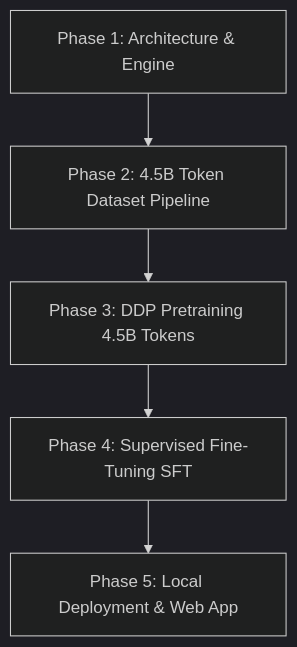
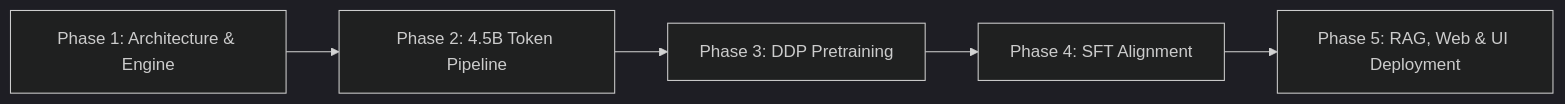
One commit to Harshkumar2306/Axiom-V2 changed the diagram in Axiom Model/README.md. Above: the diagram before and after it, drawn with Mermaid (dark theme). The commit also changed other lines of this file and 1 other file, not shown here.

Commit message:
Revamp master documentation: comprehensive 5-phase guide, vector RAG & web search architecture, React UI manual, and API specs

````diff
--- a/Axiom Model/README.md
+++ b/Axiom Model/README.md
@@ -97,7 +104,7 @@
 ```mermaid
-graph TD
-    A[Phase 1: Architecture & Engine] --> B[Phase 2: 4.5B Token Dataset Pipeline]
-    B --> C[Phase 3: DDP Pretraining 4.5B Tokens]
-    C --> D[Phase 4: Supervised Fine-Tuning SFT]
-    D --> E[Phase 5: Local Deployment & Web App]
+graph LR
+    A[Phase 1: Architecture & Engine] --> B[Phase 2: 4.5B Token Pipeline]
+    B --> C[Phase 3: DDP Pretraining]
+    C --> D[Phase 4: SFT Alignment]
+    D --> E[Phase 5: RAG, Web & UI Deployment]
 ```
````
